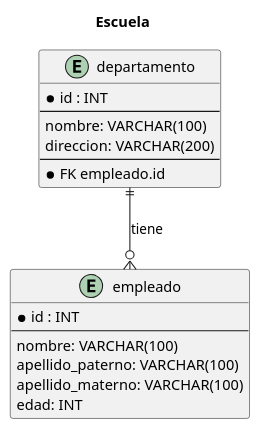
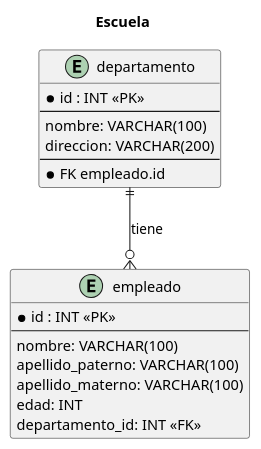
The diagram in diagrams/der.puml (gmonroyrdz/GoF_Sys), drawn with PlantUML before and after one commit.

Commit message:
Corrección del DER

```diff
--- a/diagrams/der.puml
+++ b/diagrams/der.puml
@@ -1,24 +1,25 @@
 @startuml
 title Escuela
 
 entity "empleado" as e{
-* id : INT
+* id : INT <<PK>>
 --
 nombre: VARCHAR(100)
 apellido_paterno: VARCHAR(100)
 apellido_materno: VARCHAR(100)
 edad: INT
+departamento_id: INT <<FK>>
 }
 
 entity "departamento" as d{
-*id : INT
+*id : INT <<PK>>
 --
 nombre: VARCHAR(100)
 direccion: VARCHAR(200)
 --
 * FK empleado.id
 }
 
 ' e }o--|| d : tiene
 d ||--o{ e : tiene
 @enduml
```
